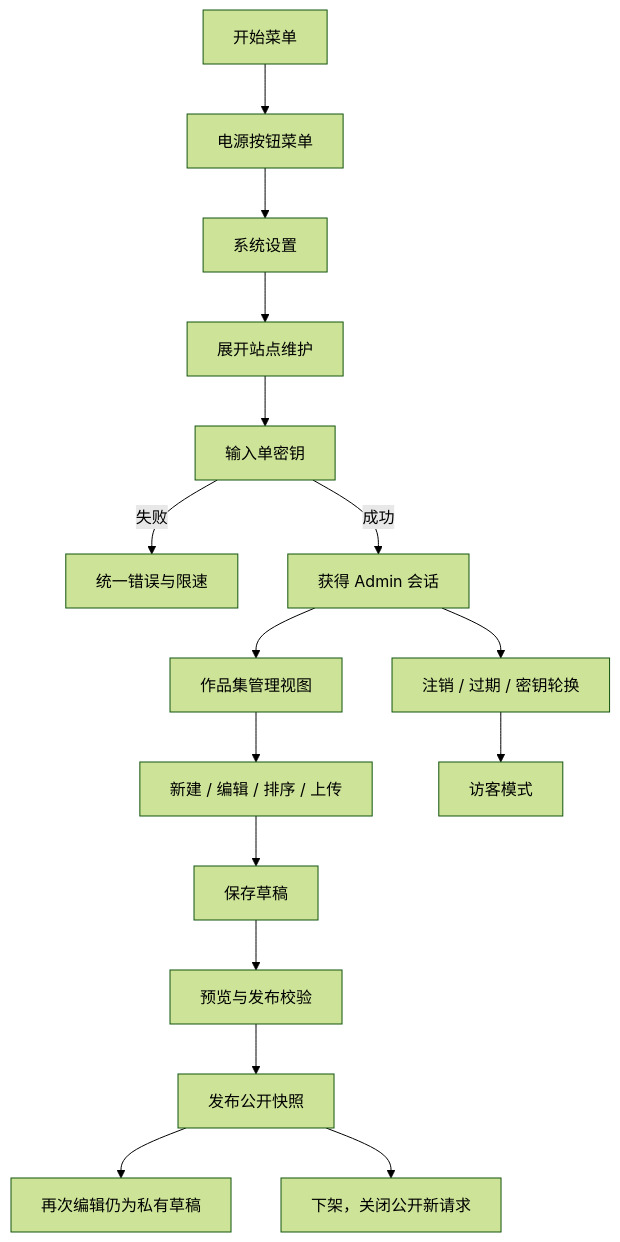
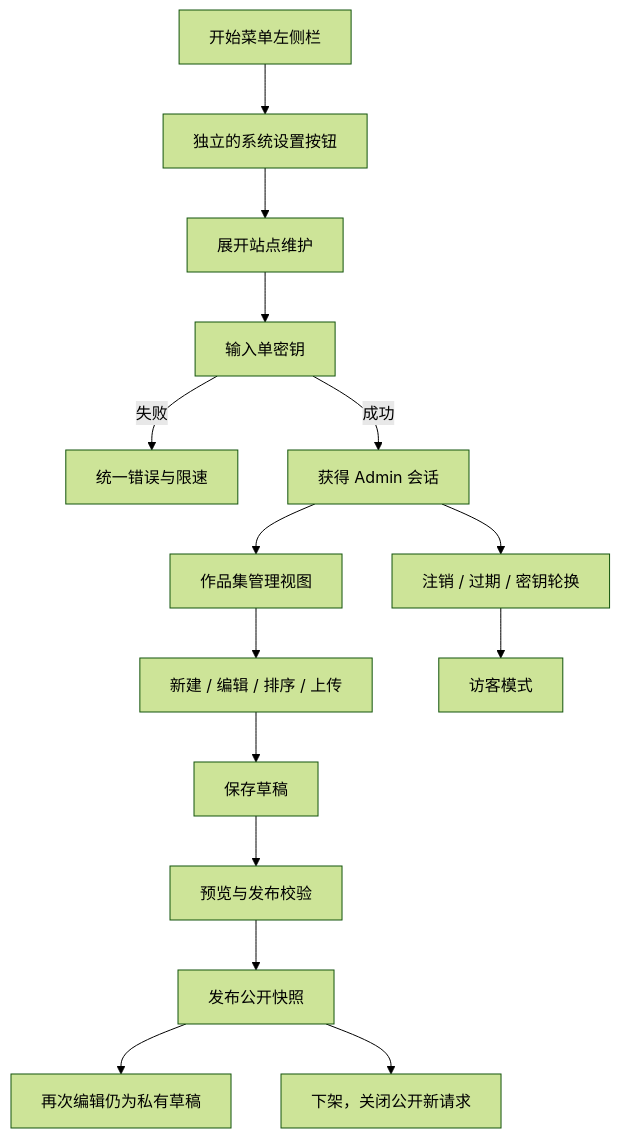
Before and after one commit to Hi-Yincan/LifeOS: the second of 2 diagrams in specs/concept/flows-and-states.md, drawn with Mermaid (forest theme). The commit also changed other lines of this file and 19 other files, not shown here.

Commit message:
fix(concept): place settings beside Power in the Start sidebar

````diff
--- a/specs/concept/flows-and-states.md
+++ b/specs/concept/flows-and-states.md
@@ -20,18 +20,17 @@
 ```mermaid
 flowchart TD
-  START[开始菜单] --> POWER[电源按钮菜单]
-  POWER --> S[系统设置]
+  START[开始菜单左侧栏] --> S[独立的系统设置按钮]
   S --> M[展开站点维护]
   M --> K[输入单密钥]
   K -->|失败| R[统一错误与限速]
   K -->|成功| A[获得 Admin 会话]
   A --> P[作品集管理视图]
   P --> N[新建 / 编辑 / 排序 / 上传]
   N --> D[保存草稿]
   D --> V[预览与发布校验]
   V --> U[发布公开快照]
   U --> W[再次编辑仍为私有草稿]
   U --> X[下架，关闭公开新请求]
   A --> L[注销 / 过期 / 密钥轮换]
   L --> O[访客模式]
 ```
````
